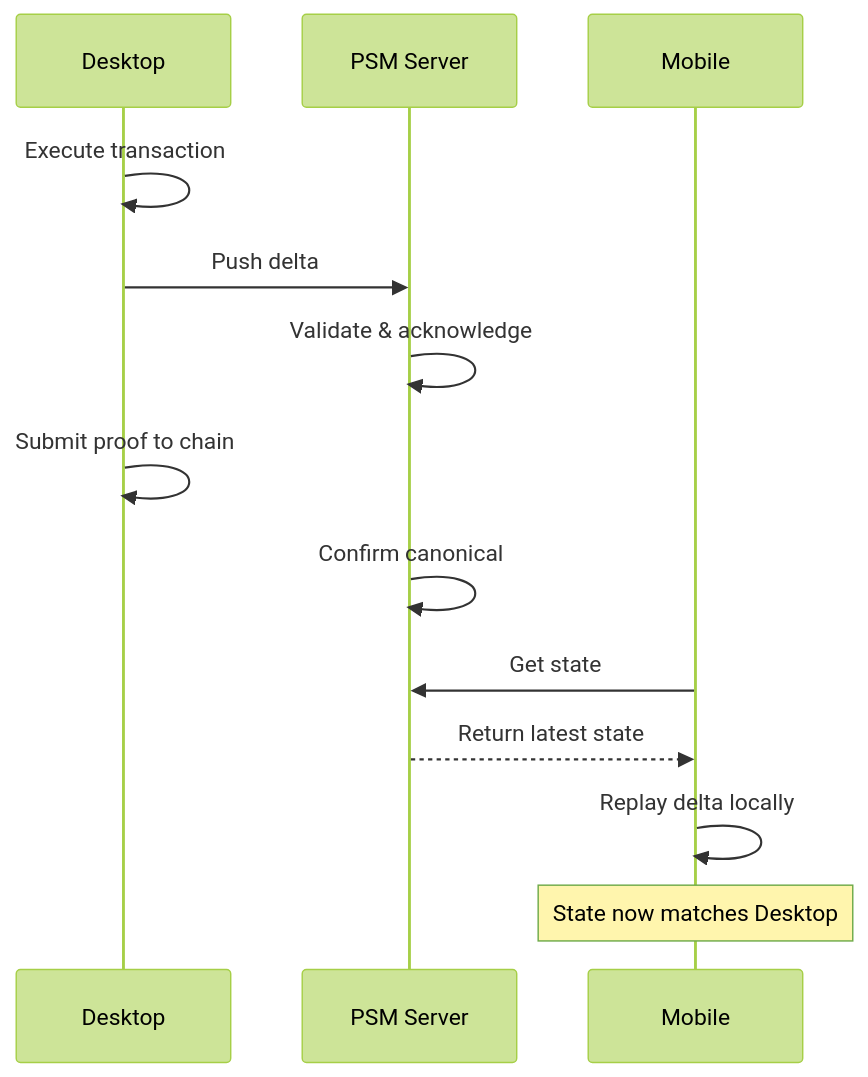
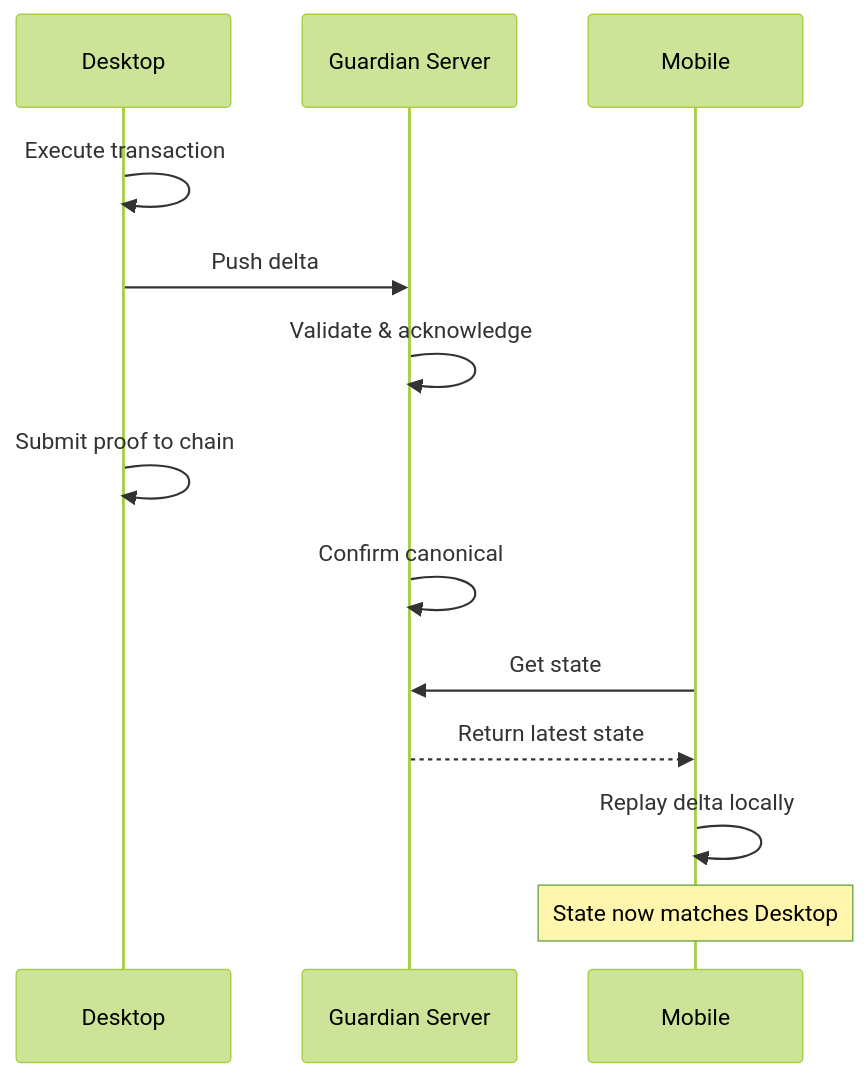
One commit to 0xMiden/miden-docs changed the third of 4 diagrams in docs/builder/solutions/miden-guardian/core-concepts/architecture.md. Above: the diagram before and after it, drawn with Mermaid (forest theme). The commit also changed other lines of this file and 7 other files, not shown here.

First line of the commit message:
docs: rebrand PSM → Miden Guardian in Guardian section

````diff
--- a/docs/builder/solutions/miden-guardian/core-concepts/architecture.md
+++ b/docs/builder/solutions/miden-guardian/core-concepts/architecture.md
@@ -61,16 +61,16 @@
 ```mermaid
 sequenceDiagram
     participant Desktop as Desktop
-    participant PSM as PSM Server
+    participant Guardian as Guardian Server
     participant Mobile as Mobile
 
     Desktop->>Desktop: Execute transaction
-    Desktop->>PSM: Push delta
-    PSM->>PSM: Validate & acknowledge
+    Desktop->>Guardian: Push delta
+    Guardian->>Guardian: Validate & acknowledge
     Desktop->>Desktop: Submit proof to chain
-    PSM->>PSM: Confirm canonical
-    Mobile->>PSM: Get state
-    PSM-->>Mobile: Return latest state
+    Guardian->>Guardian: Confirm canonical
+    Mobile->>Guardian: Get state
+    Guardian-->>Mobile: Return latest state
     Mobile->>Mobile: Replay delta locally
     Note over Mobile: State now matches Desktop
 ```
````
